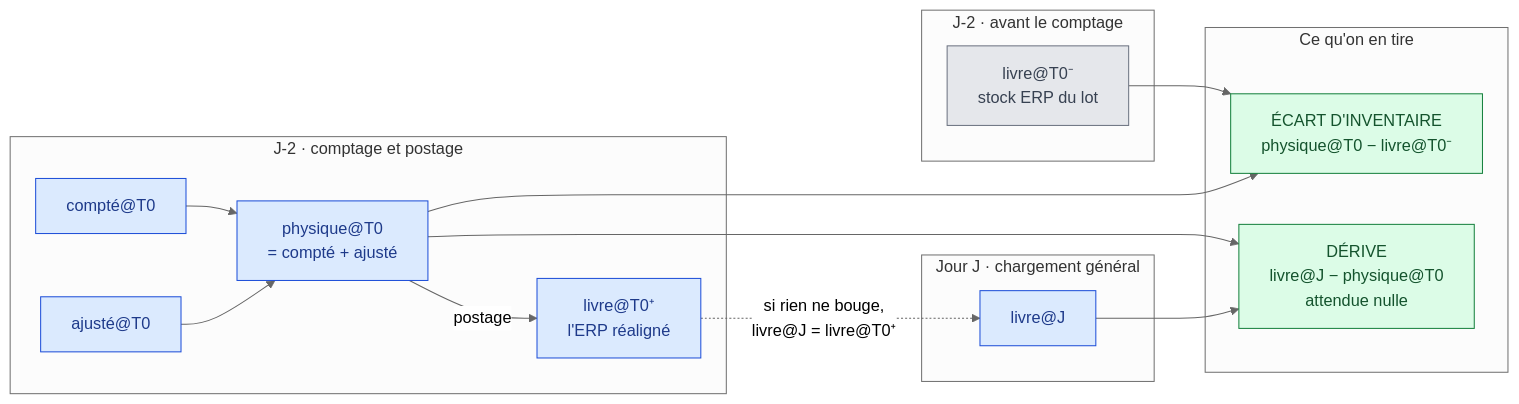
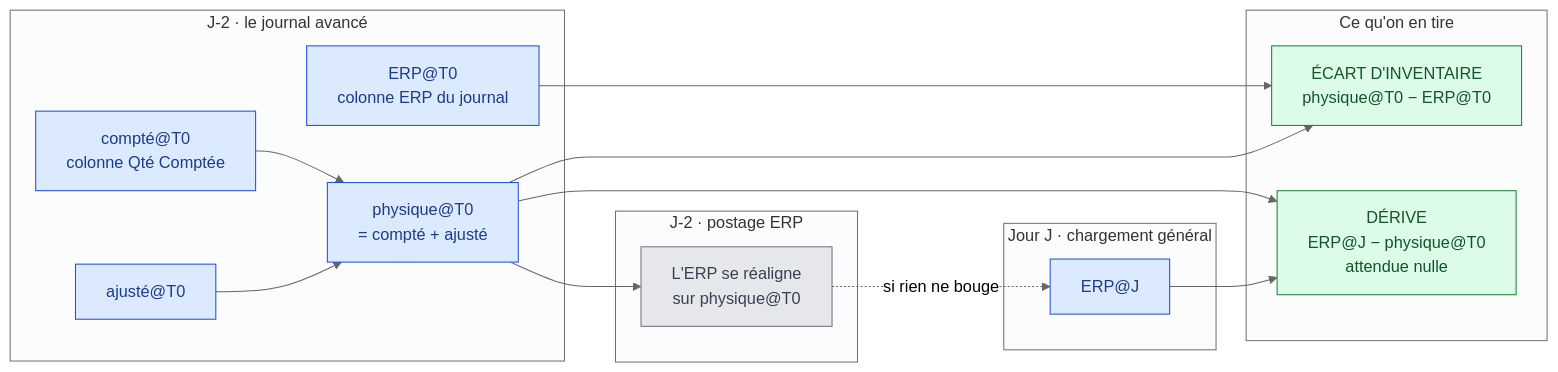
The fourth of 9 diagrams in docs/08-algorigrammes.md (yns11/DEV-INV-G), drawn with Mermaid (neutral theme) before and after one commit. The commit also changed other lines of this file and 1 other file, not shown here.

First line of the commit message:
Comptages avancés : reprendre l'étude sur les journaux ERP réels

````diff
--- a/docs/08-algorigrammes.md
+++ b/docs/08-algorigrammes.md
@@ -122,40 +156,38 @@
 ```mermaid
 flowchart LR
-    subgraph T0A ["J-2 · avant le comptage"]
-        A1["livre@T0⁻<br/>stock ERP du lot"]
+    subgraph T0 ["J-2 · le journal avancé"]
+        A1["ERP@T0<br/>colonne ERP du journal"]
+        A2["compté@T0<br/>colonne Qté Comptée"]
+        A3["ajusté@T0"]
+        A4["physique@T0<br/>= compté + ajusté"]
     end
 
-    subgraph T0B ["J-2 · comptage et postage"]
-        A2["compté@T0"]
-        A3["ajusté@T0"]
-        A4["physique@T0<br/>= compté + ajusté"]
-        A5["livre@T0⁺<br/>l'ERP réaligné"]
+    subgraph POST ["J-2 · postage ERP"]
+        A5["L'ERP se réaligne<br/>sur physique@T0"]
     end
 
     subgraph JJ ["Jour J · chargement général"]
-        B1["livre@J"]
+        B1["ERP@J"]
     end
 
     subgraph R ["Ce qu'on en tire"]
-        C1["ÉCART D'INVENTAIRE<br/>physique@T0 − livre@T0⁻"]
-        C2["DÉRIVE<br/>livre@J − physique@T0<br/>attendue nulle"]
+        C1["ÉCART D'INVENTAIRE<br/>physique@T0 − ERP@T0"]
+        C2["DÉRIVE<br/>ERP@J − physique@T0<br/>attendue nulle"]
     end
 
     A2 --> A4
     A3 --> A4
-    A4 -->|postage| A5
-
+    A4 --> A5
     A1 --> C1
     A4 --> C1
     A4 --> C2
     B1 --> C2
+    A5 -.->|"si rien ne bouge"| B1
 
-    A5 -.->|"si rien ne bouge,<br/>livre@J = livre@T0⁺"| B1
-
-    classDef av fill:#e5e7eb,stroke:#6b7280,color:#374151
     classDef q fill:#dbeafe,stroke:#1d4ed8,color:#1e3a8a
+    classDef erp fill:#e5e7eb,stroke:#6b7280,color:#374151
     classDef r fill:#dcfce7,stroke:#15803d,color:#14532d
-    class A1 av
-    class A2,A3,A4,A5,B1 q
+    class A1,A2,A3,A4,B1 q
+    class A5 erp
     class C1,C2 r
 ```
````
